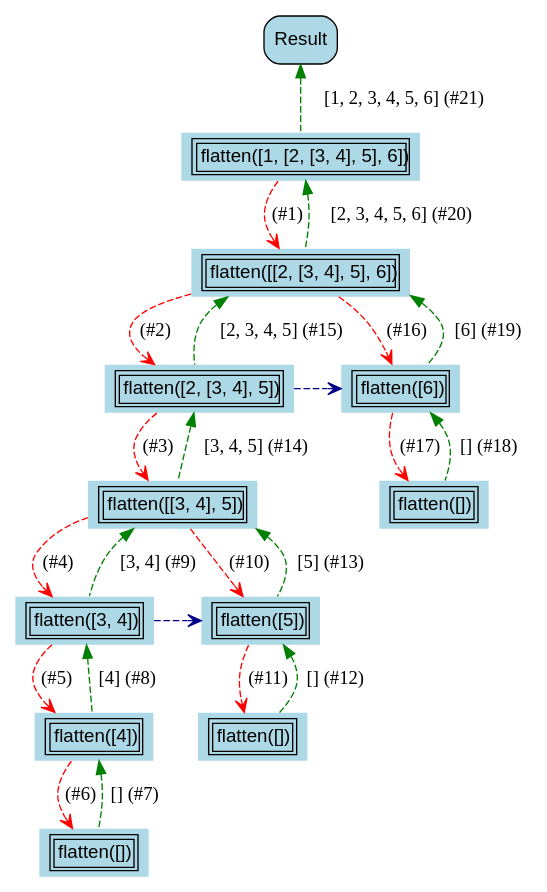
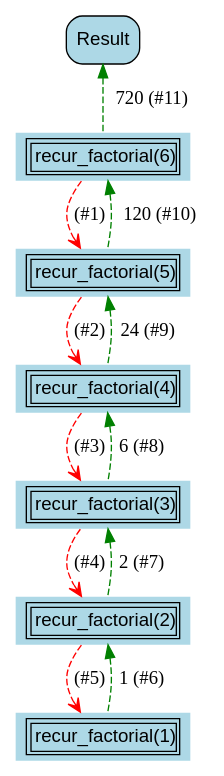
The diagram in rendered/recursion_tree.dot (Not-Prabhpreet/Recursion-Tree-Visualizer), drawn with Graphviz before and after one commit. The commit also changed 13 other files, not shown here.

```diff
--- a/rendered/recursion_tree.dot
+++ b/rendered/recursion_tree.dot
@@ -1,53 +1,24 @@
 digraph "rc-graph" {
 fontsize=14;
 fontcolor=black;
 node [shape=ellipse, style=filled, fillcolor=lightblue, fontname=Arial];
 edge [color=darkblue, style=dashed, arrowhead=vee];
-2014882271824 [label=<<TABLE><TR><TD>flatten([1, [2, [3, 4], 5], 6])</TD></TR></TABLE>>, shape=plaintext];
-2014882277536 [label=<<TABLE><TR><TD>flatten([[2, [3, 4], 5], 6])</TD></TR></TABLE>>, shape=plaintext];
-2014890017104 [label=<<TABLE><TR><TD>flatten([2, [3, 4], 5])</TD></TR></TABLE>>, shape=plaintext];
-2014890023904 [label=<<TABLE><TR><TD>flatten([[3, 4], 5])</TD></TR></TABLE>>, shape=plaintext];
-2014890031248 [label=<<TABLE><TR><TD>flatten([3, 4])</TD></TR></TABLE>>, shape=plaintext];
-2014890088080 [label=<<TABLE><TR><TD>flatten([4])</TD></TR></TABLE>>, shape=plaintext];
-2014890096512 [label=<<TABLE><TR><TD>flatten([])</TD></TR></TABLE>>, shape=plaintext];
-2014889679568 [label=<<TABLE><TR><TD>flatten([5])</TD></TR></TABLE>>, shape=plaintext];
-2014889687456 [label=<<TABLE><TR><TD>flatten([])</TD></TR></TABLE>>, shape=plaintext];
-2014889581264 [label=<<TABLE><TR><TD>flatten([6])</TD></TR></TABLE>>, shape=plaintext];
-2014889588064 [label=<<TABLE><TR><TD>flatten([])</TD></TR></TABLE>>, shape=plaintext];
-2014882271824 -> 2014882277536 [color=red, label="(#1)"];
-2014882277536 -> 2014890017104 [color=red, label="(#2)"];
-2014882277536 -> 2014889581264 [color=red, label="(#16)"];
-subgraph  {
-rank=same;
-2014890017104;
-2014889581264;
-2014890017104 -> 2014889581264;
+2012694276800 [label=<<TABLE><TR><TD>recur_factorial(6)</TD></TR></TABLE>>, shape=plaintext];
+2012695447472 [label=<<TABLE><TR><TD>recur_factorial(5)</TD></TR></TABLE>>, shape=plaintext];
+2012695453728 [label=<<TABLE><TR><TD>recur_factorial(4)</TD></TR></TABLE>>, shape=plaintext];
+2012695460528 [label=<<TABLE><TR><TD>recur_factorial(3)</TD></TR></TABLE>>, shape=plaintext];
+2012695664272 [label=<<TABLE><TR><TD>recur_factorial(2)</TD></TR></TABLE>>, shape=plaintext];
+2012695672160 [label=<<TABLE><TR><TD>recur_factorial(1)</TD></TR></TABLE>>, shape=plaintext];
+2012694276800 -> 2012695447472 [color=red, label="(#1)"];
+2012695447472 -> 2012695453728 [color=red, label="(#2)"];
+2012695453728 -> 2012695460528 [color=red, label="(#3)"];
+2012695460528 -> 2012695664272 [color=red, label="(#4)"];
+2012695664272 -> 2012695672160 [color=red, label="(#5)"];
+2012694276800 -> 2012695447472 [dir=back, label="120 (#10)", color=green, headport=c];
+99999999 [shape=Mrecord, label=Result];
+99999999 -> 2012694276800 [dir=back, label="720 (#11)", color=Green, headport=c];
+2012695447472 -> 2012695453728 [dir=back, label="24 (#9)", color=green, headport=c];
+2012695453728 -> 2012695460528 [dir=back, label="6 (#8)", color=green, headport=c];
+2012695460528 -> 2012695664272 [dir=back, label="2 (#7)", color=green, headport=c];
+2012695664272 -> 2012695672160 [dir=back, label="1 (#6)", color=green, headport=c];
 }
-
-2014890017104 -> 2014890023904 [color=red, label="(#3)"];
-2014890023904 -> 2014890031248 [color=red, label="(#4)"];
-2014890023904 -> 2014889679568 [color=red, label="(#10)"];
-subgraph  {
-rank=same;
-2014890031248;
-2014889679568;
-2014890031248 -> 2014889679568;
-}
-
-2014890031248 -> 2014890088080 [color=red, label="(#5)"];
-2014890088080 -> 2014890096512 [color=red, label="(#6)"];
-2014889679568 -> 2014889687456 [color=red, label="(#11)"];
-2014889581264 -> 2014889588064 [color=red, label="(#17)"];
-2014882271824 -> 2014882277536 [dir=back, label="[2, 3, 4, 5, 6] (#20)", color=green, headport=c];
-99999999 [shape=Mrecord, label=Result];
-99999999 -> 2014882271824 [dir=back, label="[1, 2, 3, 4, 5, 6] (#21)", color=Green, headport=c];
-2014882277536 -> 2014890017104 [dir=back, label="[2, 3, 4, 5] (#15)", color=green, headport=c];
-2014882277536 -> 2014889581264 [dir=back, label="[6] (#19)", color=green, headport=c];
-2014890017104 -> 2014890023904 [dir=back, label="[3, 4, 5] (#14)", color=green, headport=c];
-2014890023904 -> 2014890031248 [dir=back, label="[3, 4] (#9)", color=green, headport=c];
-2014890023904 -> 2014889679568 [dir=back, label="[5] (#13)", color=green, headport=c];
-2014890031248 -> 2014890088080 [dir=back, label="[4] (#8)", color=green, headport=c];
-2014890088080 -> 2014890096512 [dir=back, label="[] (#7)", color=green, headport=c];
-2014889679568 -> 2014889687456 [dir=back, label="[] (#12)", color=green, headport=c];
-2014889581264 -> 2014889588064 [dir=back, label="[] (#18)", color=green, headport=c];
-}
```
